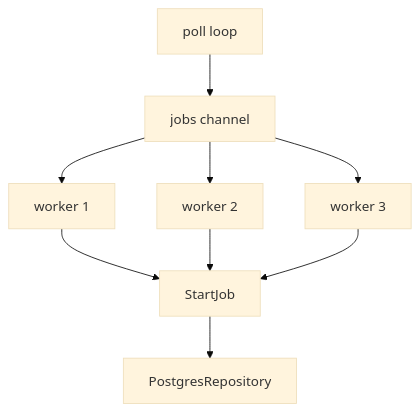
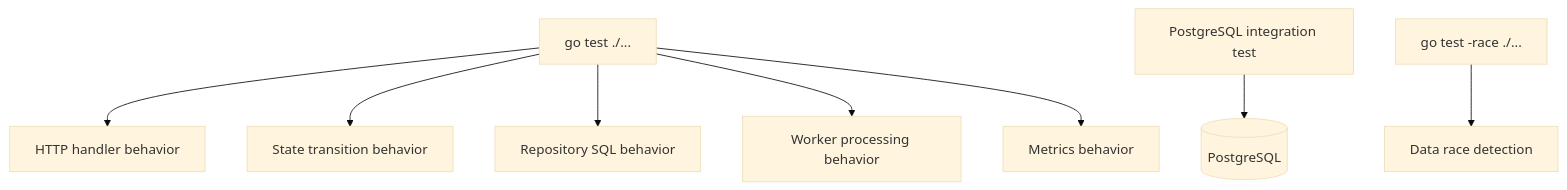
One commit to Kaushik-2005/GoFlow changed diagram 19 of 20 in docs/design.md. Above: the diagram before and after it, drawn with Mermaid (base theme). The commit also changed other lines of this file, not shown here.

````diff
--- a/docs/design.md
+++ b/docs/design.md
@@ -440,11 +492,10 @@
 ```mermaid
 flowchart TD
-    Poller[poll loop] --> Jobs[jobs channel]
-    Jobs --> W1[worker 1]
-    Jobs --> W2[worker 2]
-    Jobs --> W3[worker 3]
-    W1 --> Service[StartJob]
-    W2 --> Service
-    W3 --> Service
-    Service --> Repo[PostgresRepository]
+    Tests[go test ./...] --> Handler[HTTP handler behavior]
+    Tests --> Service[State transition behavior]
+    Tests --> Repo[Repository SQL behavior]
+    Tests --> Worker[Worker processing behavior]
+    Tests --> Metrics[Metrics behavior]
+    Integration[PostgreSQL integration test] --> DB[(PostgreSQL)]
+    Race[go test -race ./...] --> RaceDetector[Data race detection]
 ```
````
